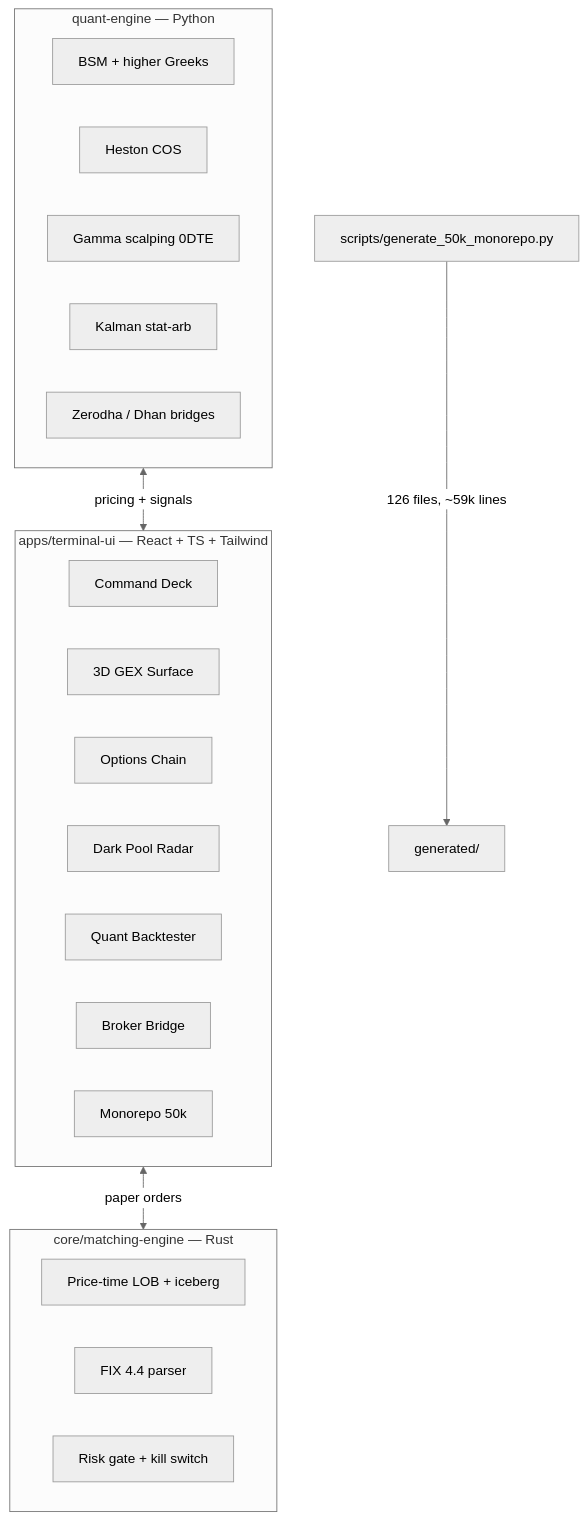
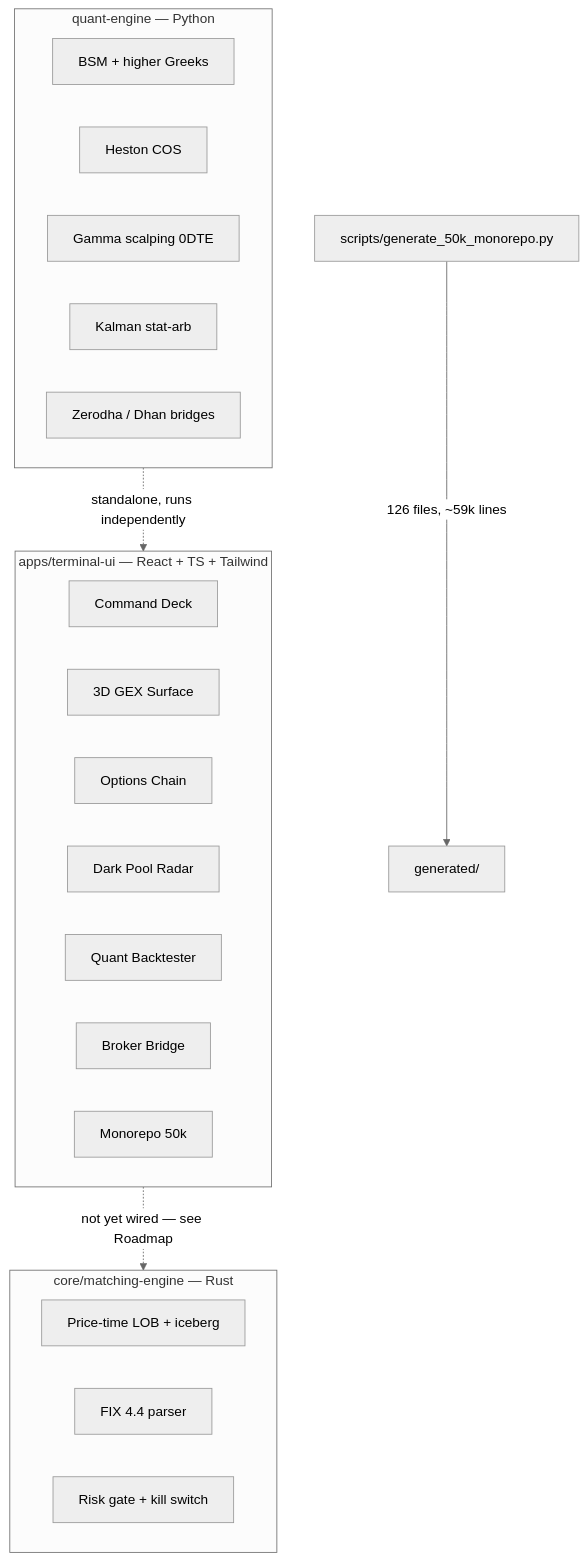
One commit to Thegreatprabh/Open-Aladdin changed the diagram in README.md. Above: the diagram before and after it, drawn with Mermaid (neutral theme). The commit also changed other lines of this file, not shown here.

Commit message:
README honesty pass: real hand-written counts, measured benchmarks, honest architecture (Rust core not wired to UI yet), drop generated-LOC badge

````diff
--- a/README.md
+++ b/README.md
@@ -352,27 +390,27 @@
 ```mermaid
 flowchart TB
     subgraph UI["apps/terminal-ui — React + TS + Tailwind"]
         deck[Command Deck]
         gex3d[3D GEX Surface]
         chain[Options Chain]
         dark[Dark Pool Radar]
         bt[Quant Backtester]
         broker[Broker Bridge]
         repo[Monorepo 50k]
     end
     subgraph PY["quant-engine — Python"]
         bsm[BSM + higher Greeks]
         heston[Heston COS]
         gamma[Gamma scalping 0DTE]
         statarb[Kalman stat-arb]
         bridges[Zerodha / Dhan bridges]
     end
     subgraph RS["core/matching-engine — Rust"]
         lob[Price-time LOB + iceberg]
         fix[FIX 4.4 parser]
         risk[Risk gate + kill switch]
     end
     gen[scripts/generate_50k_monorepo.py] -->|126 files, ~59k lines| expanded[generated/]
-    UI <-->|paper orders| RS
-    PY <-->|pricing + signals| UI
+    UI -.->|not yet wired — see Roadmap| RS
+    PY -.->|standalone, runs independently| UI
 ```
````
